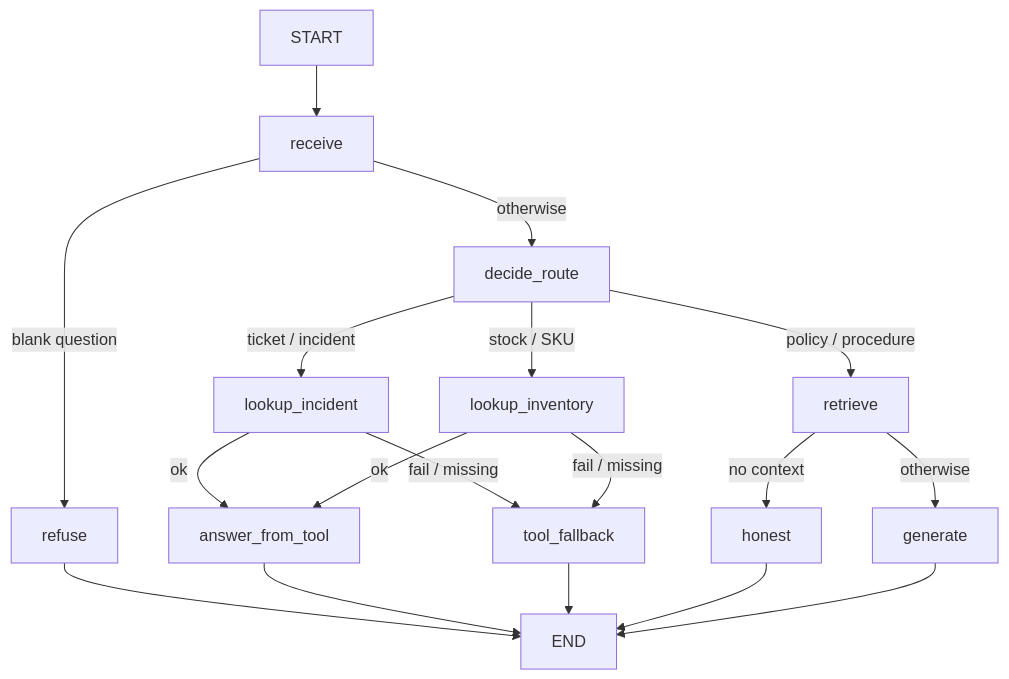
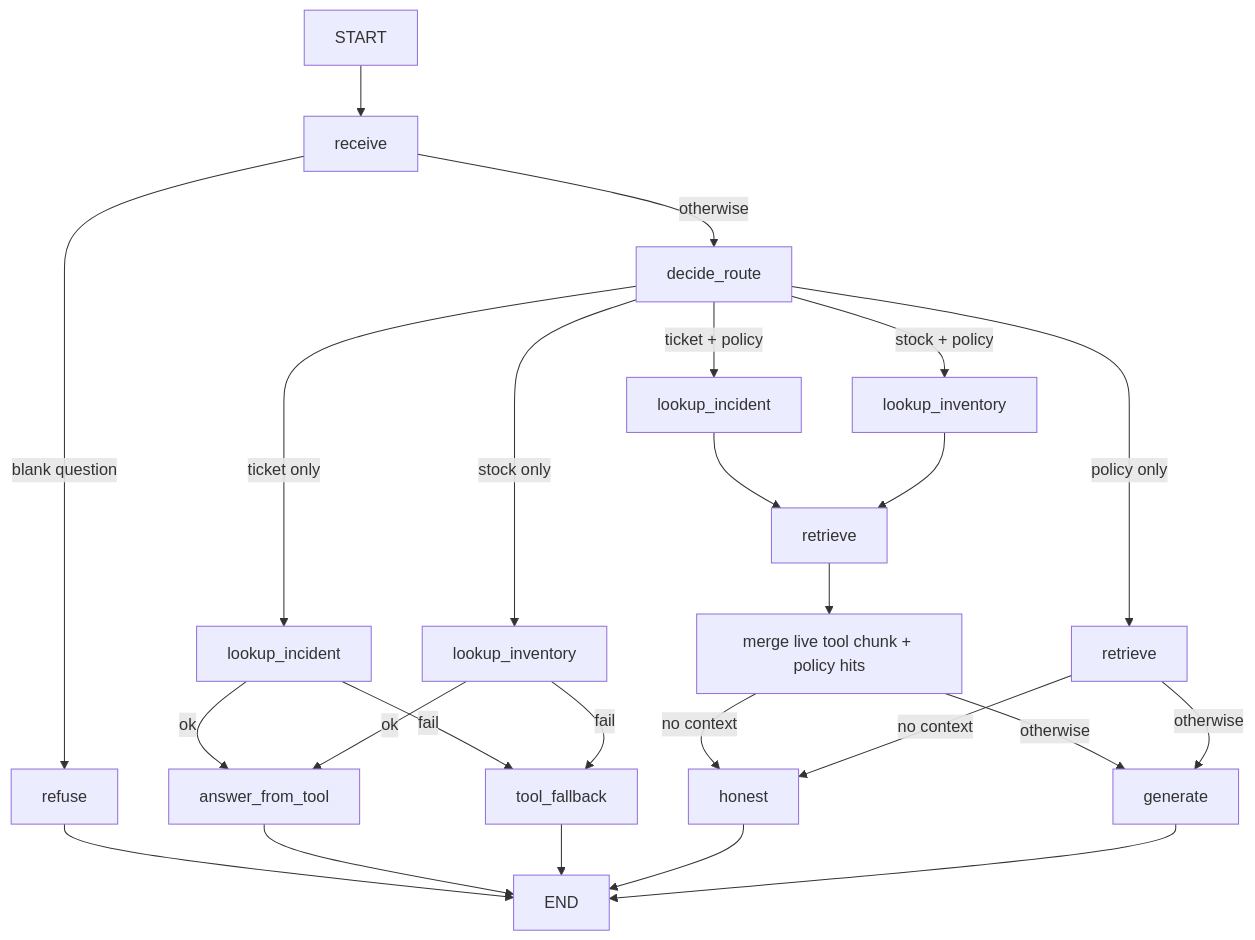
Before and after one commit to 4GeeksAcademy/ocielgallardo-company-choice: the diagram in docs/rag/agent-graph.md, drawn with Mermaid. The commit also changed other lines of this file and 6 other files, not shown here.

````diff
--- a/docs/rag/agent-graph.md
+++ b/docs/rag/agent-graph.md
@@ -15,20 +15,27 @@
 ```mermaid
 flowchart TD
     START --> RECEIVE[receive]
     RECEIVE -->|blank question| REFUSE[refuse]
     RECEIVE -->|otherwise| DECIDE[decide_route]
-    DECIDE -->|ticket / incident| INC[lookup_incident]
-    DECIDE -->|stock / SKU| INV[lookup_inventory]
-    DECIDE -->|policy / procedure| RETRIEVE[retrieve]
+    DECIDE -->|ticket only| INC[lookup_incident]
+    DECIDE -->|stock only| INV[lookup_inventory]
+    DECIDE -->|ticket + policy| HINC[lookup_incident]
+    DECIDE -->|stock + policy| HINV[lookup_inventory]
+    DECIDE -->|policy only| RETRIEVE[retrieve]
     INC -->|ok| ANS[answer_from_tool]
-    INC -->|fail / missing| FALL[tool_fallback]
+    INC -->|fail| FALL[tool_fallback]
     INV -->|ok| ANS
-    INV -->|fail / missing| FALL
-    RETRIEVE -->|no context| HONEST[honest]
-    RETRIEVE -->|otherwise| GENERATE[generate]
+    INV -->|fail| FALL
+    HINC --> RET2[retrieve]
+    HINV --> RET2
+    RET2 --> MERGE[merge live tool chunk + policy hits]
+    MERGE -->|no context| HONEST[honest]
+    MERGE -->|otherwise| GENERATE[generate]
+    RETRIEVE -->|no context| HONEST
+    RETRIEVE -->|otherwise| GENERATE
     REFUSE --> END
     ANS --> END
     FALL --> END
     HONEST --> END
     GENERATE --> END
 ```
````
